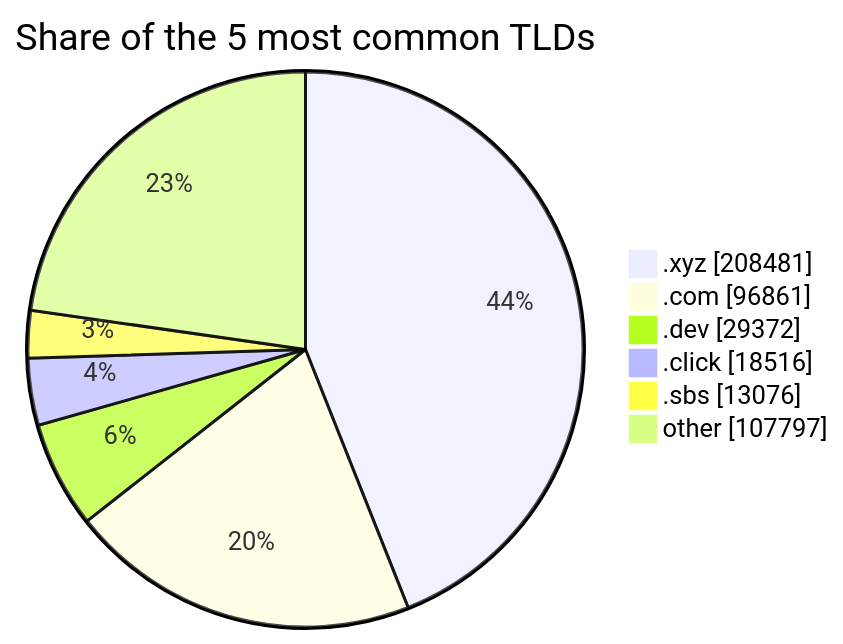
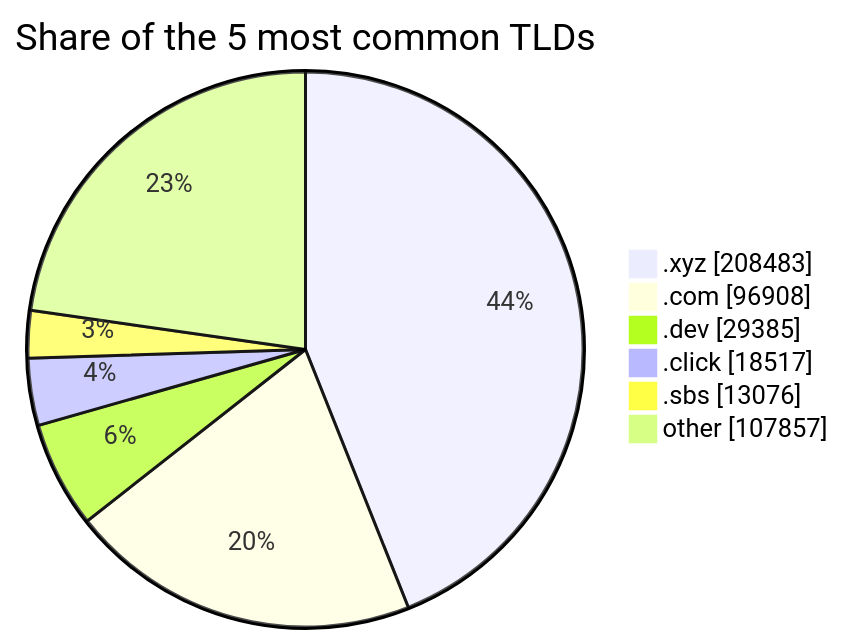
One commit to DNSBunker/CTI changed the third of 3 diagrams in README.md. Above: the diagram before and after it, drawn with Mermaid. The commit also changed other lines of this file and 3 other files, not shown here.

````diff
--- a/README.md
+++ b/README.md
@@ -81,9 +81,9 @@
 ```mermaid
 pie showData title Share of the 5 most common TLDs
-    ".xyz" : 208481
-    ".com" : 96861
-    ".dev" : 29372
-    ".click" : 18516
+    ".xyz" : 208483
+    ".com" : 96908
+    ".dev" : 29385
+    ".click" : 18517
     ".sbs" : 13076
-    "other" : 107797
+    "other" : 107857
 ```
````
